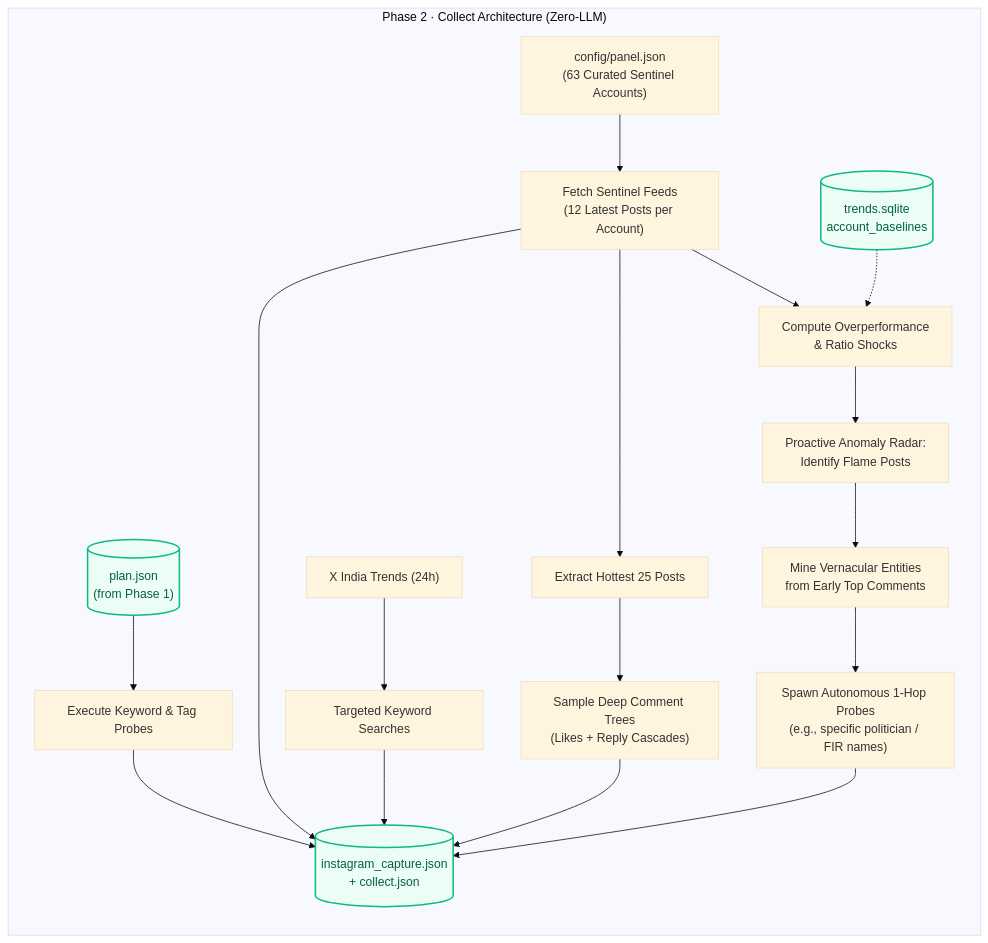
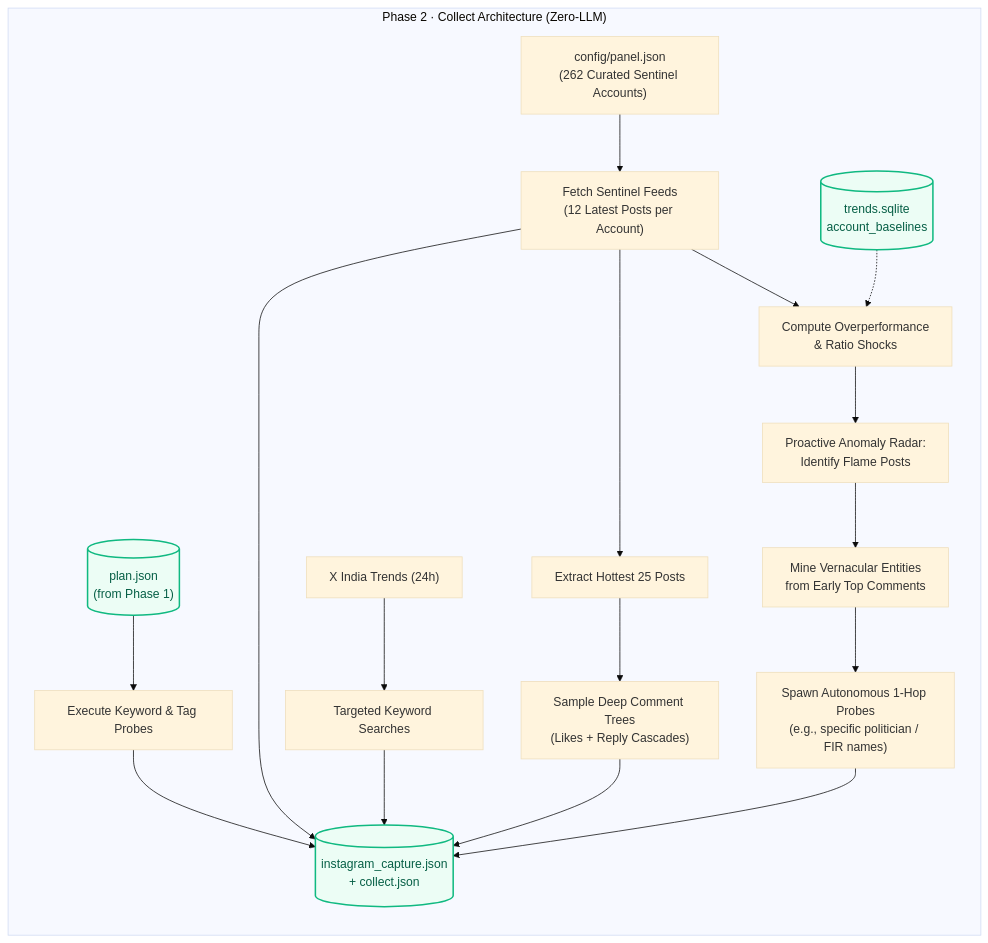
The fifth of 20 diagrams in docs/ARCHITECTURE.md (shankha06/identify-what-matters), drawn with Mermaid (base theme) before and after one commit. The commit also changed other lines of this file and 72 other files, not shown here.

````diff
--- a/docs/ARCHITECTURE.md
+++ b/docs/ARCHITECTURE.md
@@ -284,24 +304,24 @@
 ```mermaid
 flowchart TD
     subgraph P2["Phase 2 · Collect Architecture (Zero-LLM)"]
         direction TB
         PLAN_IN[("plan.json<br/>(from Phase 1)")] --> PROBES["Execute Keyword & Tag Probes"]
 
-        PANEL_CFG["config/panel.json<br/>(63 Curated Sentinel Accounts)"] --> FEEDS["Fetch Sentinel Feeds<br/>(12 Latest Posts per Account)"]
+        PANEL_CFG["config/panel.json<br/>(262 Curated Sentinel Accounts)"] --> FEEDS["Fetch Sentinel Feeds<br/>(12 Latest Posts per Account)"]
         BASE_DB[("trends.sqlite<br/>account_baselines")] -.-> SCO_PAN["Compute Overperformance<br/>& Ratio Shocks"]
         FEEDS --> SCO_PAN
 
         SCO_PAN --> RADAR_LIVE["Proactive Anomaly Radar:<br/>Identify Flame Posts"]
         RADAR_LIVE --> MINE_ENT["Mine Vernacular Entities<br/>from Early Top Comments"]
         MINE_ENT --> AUTO_PROBES["Spawn Autonomous 1-Hop Probes<br/>(e.g., specific politician / FIR names)"]
 
         X_TRENDS["X India Trends (24h)"] --> SEARCH_X["Targeted Keyword Searches"]
         FEEDS --> HOT_FILTER["Extract Hottest 25 Posts"]
         HOT_FILTER --> TREES["Sample Deep Comment Trees<br/>(Likes + Reply Cascades)"]
 
         PROBES & FEEDS & AUTO_PROBES & SEARCH_X & TREES --> CAP_OUT[("instagram_capture.json<br/>+ collect.json")]
     end
 
     classDef store fill:#ecfdf5,stroke:#10b981,stroke-width:2px,color:#065f46;
     class PLAN_IN,BASE_DB,CAP_OUT store;
 ```
````
